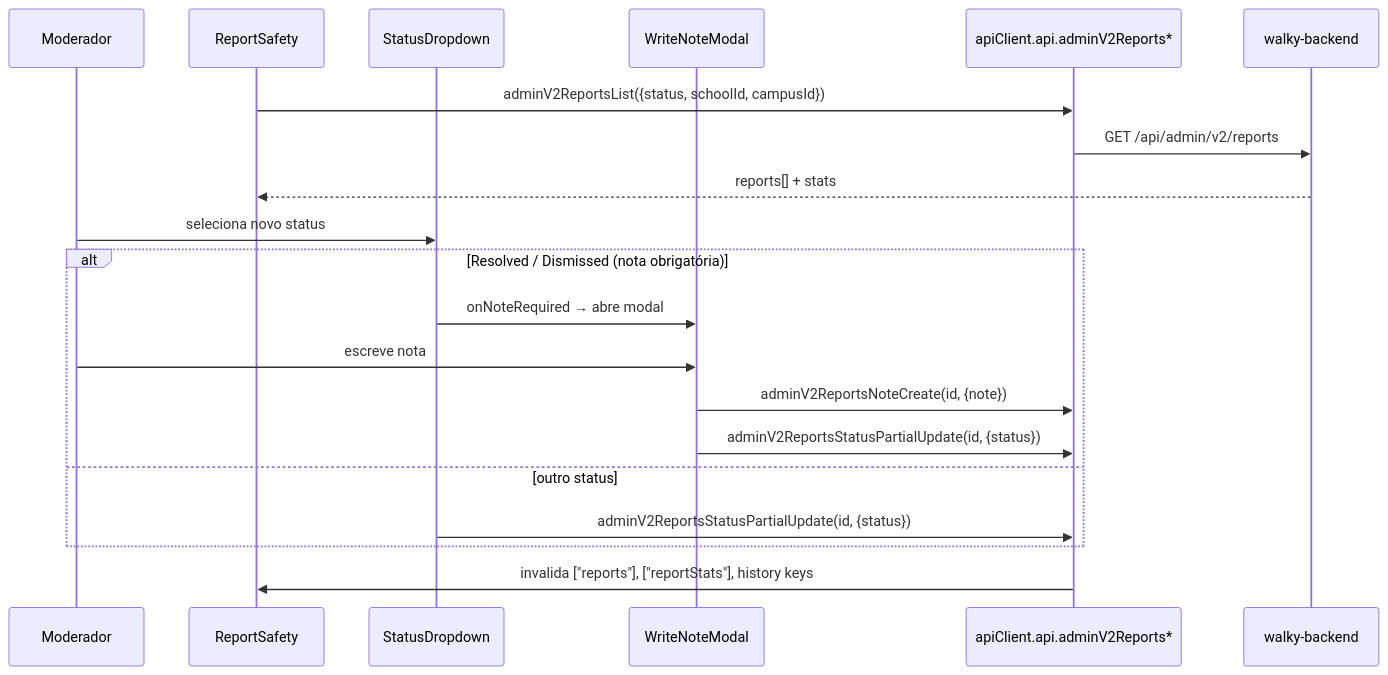
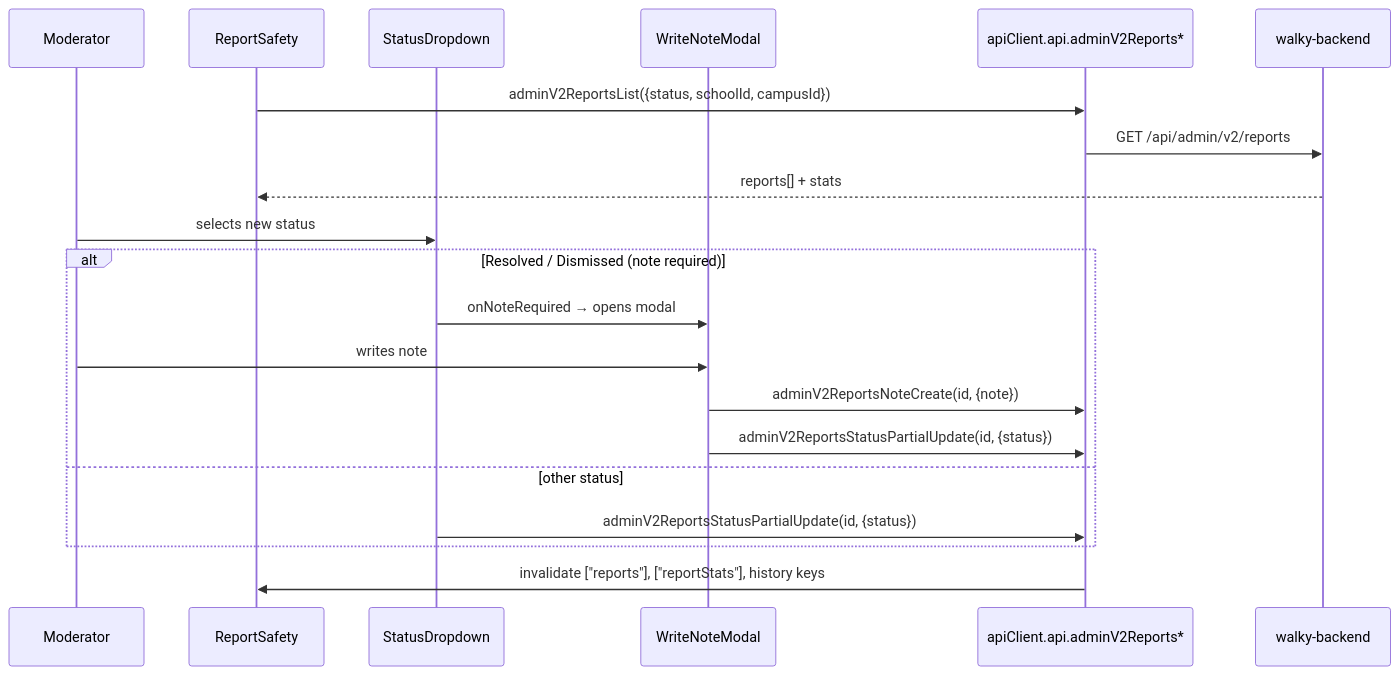
Before and after one commit to Walky-App/walky-admin: the ninth of 15 diagrams in docs/workflows.md, drawn with Mermaid. The commit also changed other lines of this file and 12 other files, not shown here.

````diff
--- a/docs/workflows.md
+++ b/docs/workflows.md
@@ -480,23 +482,23 @@
 ```mermaid
 sequenceDiagram
-    participant M as Moderador
+    participant M as Moderator
     participant RS as ReportSafety
     participant SD as StatusDropdown
     participant WM as WriteNoteModal
     participant API as apiClient.api.adminV2Reports*
     participant BE as walky-backend
 
     RS->>API: adminV2ReportsList({status, schoolId, campusId})
     API->>BE: GET /api/admin/v2/reports
     BE-->>RS: reports[] + stats
-    M->>SD: seleciona novo status
-    alt Resolved / Dismissed (nota obrigatória)
-        SD->>WM: onNoteRequired → abre modal
-        M->>WM: escreve nota
+    M->>SD: selects new status
+    alt Resolved / Dismissed (note required)
+        SD->>WM: onNoteRequired → opens modal
+        M->>WM: writes note
         WM->>API: adminV2ReportsNoteCreate(id, {note})
         WM->>API: adminV2ReportsStatusPartialUpdate(id, {status})
-    else outro status
+    else other status
         SD->>API: adminV2ReportsStatusPartialUpdate(id, {status})
     end
-    API->>RS: invalida ["reports"], ["reportStats"], history keys
+    API->>RS: invalidate ["reports"], ["reportStats"], history keys
 ```
````
